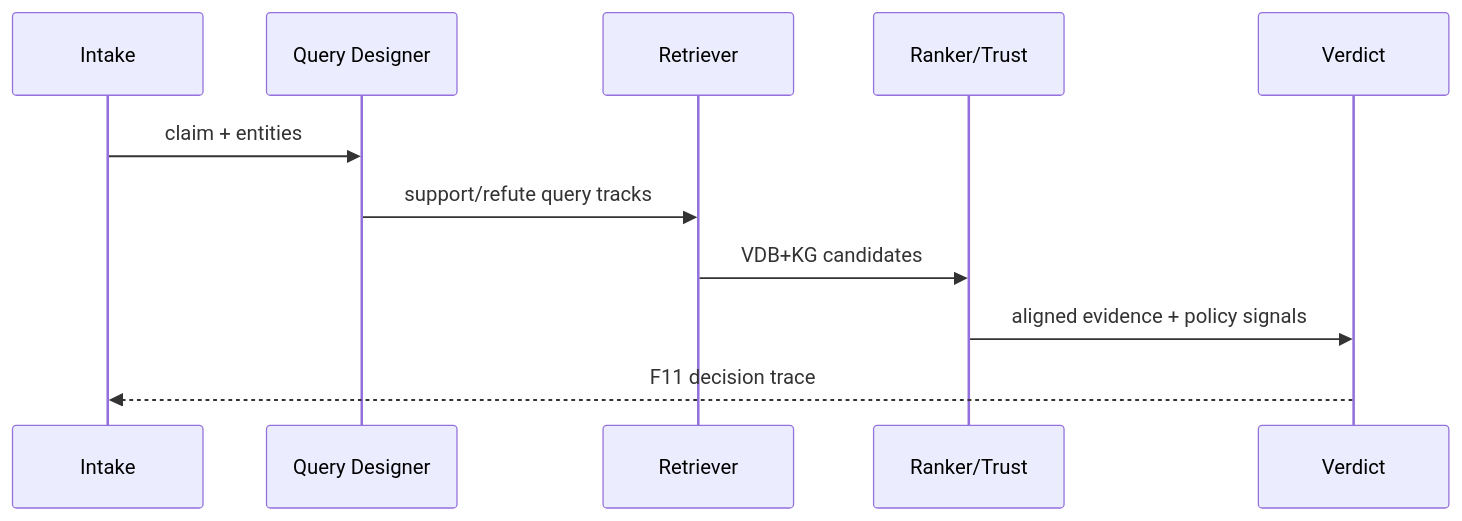
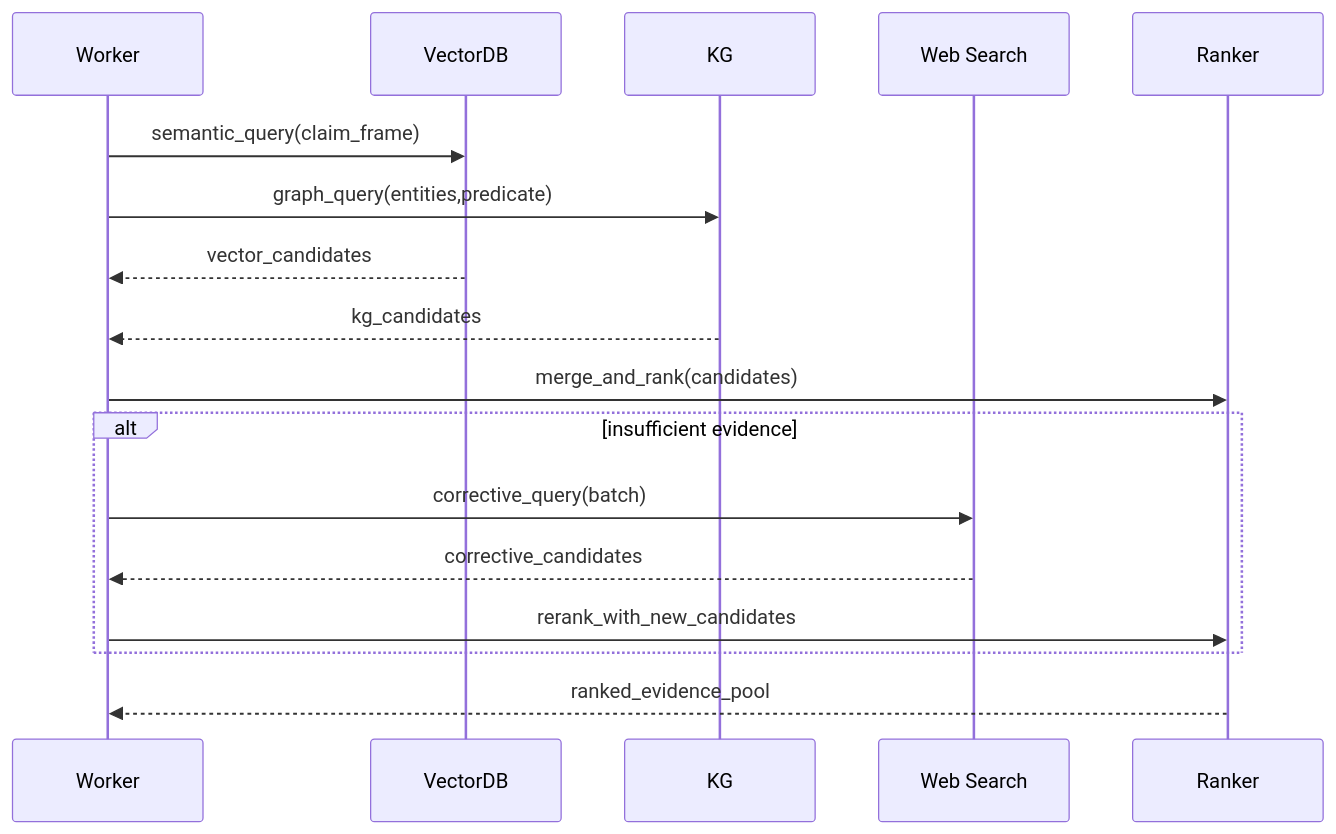
The first of 8 diagrams in methodology/figures/03-retrieval-and-corrective-pack.md (Luxia-AI/docs), drawn with Mermaid before and after one commit. The commit also changed other lines of this file and 9 other files, not shown here.

First line of the commit message:
Refactor methodology figures with updated Mermaid diagrams and enhanced clarity across multiple packs. Key changes include:

````diff
--- a/methodology/figures/03-retrieval-and-corrective-pack.md
+++ b/methodology/figures/03-retrieval-and-corrective-pack.md
@@ -16,13 +16,19 @@
 ```mermaid
 sequenceDiagram
-    participant I as Intake
-    participant Q as Query Designer
-    participant R as Retriever
-    participant K as Ranker/Trust
-    participant V as Verdict
-    I->>Q: claim + entities
-    Q->>R: support/refute query tracks
-    R->>K: VDB+KG candidates
-    K->>V: aligned evidence + policy signals
-    V-->>I: F11 decision trace
+  participant W as Worker
+  participant V as VectorDB
+  participant K as KG
+  participant S as Web Search
+  participant R as Ranker
+  W->>V: semantic_query(claim_frame)
+  W->>K: graph_query(entities,predicate)
+  V-->>W: vector_candidates
+  K-->>W: kg_candidates
+  W->>R: merge_and_rank(candidates)
+  alt insufficient evidence
+    W->>S: corrective_query(batch)
+    S-->>W: corrective_candidates
+    W->>R: rerank_with_new_candidates
+  end
+  R-->>W: ranked_evidence_pool
 ```
````
